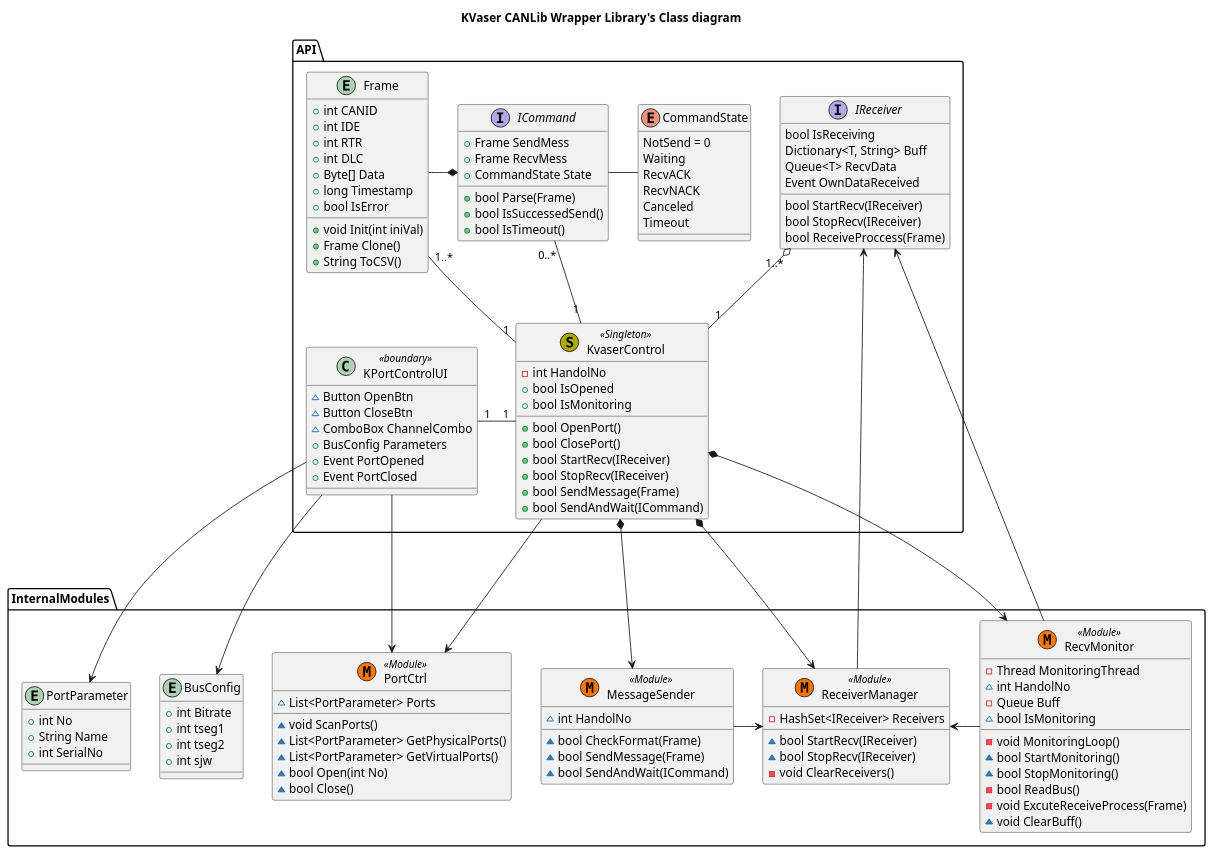
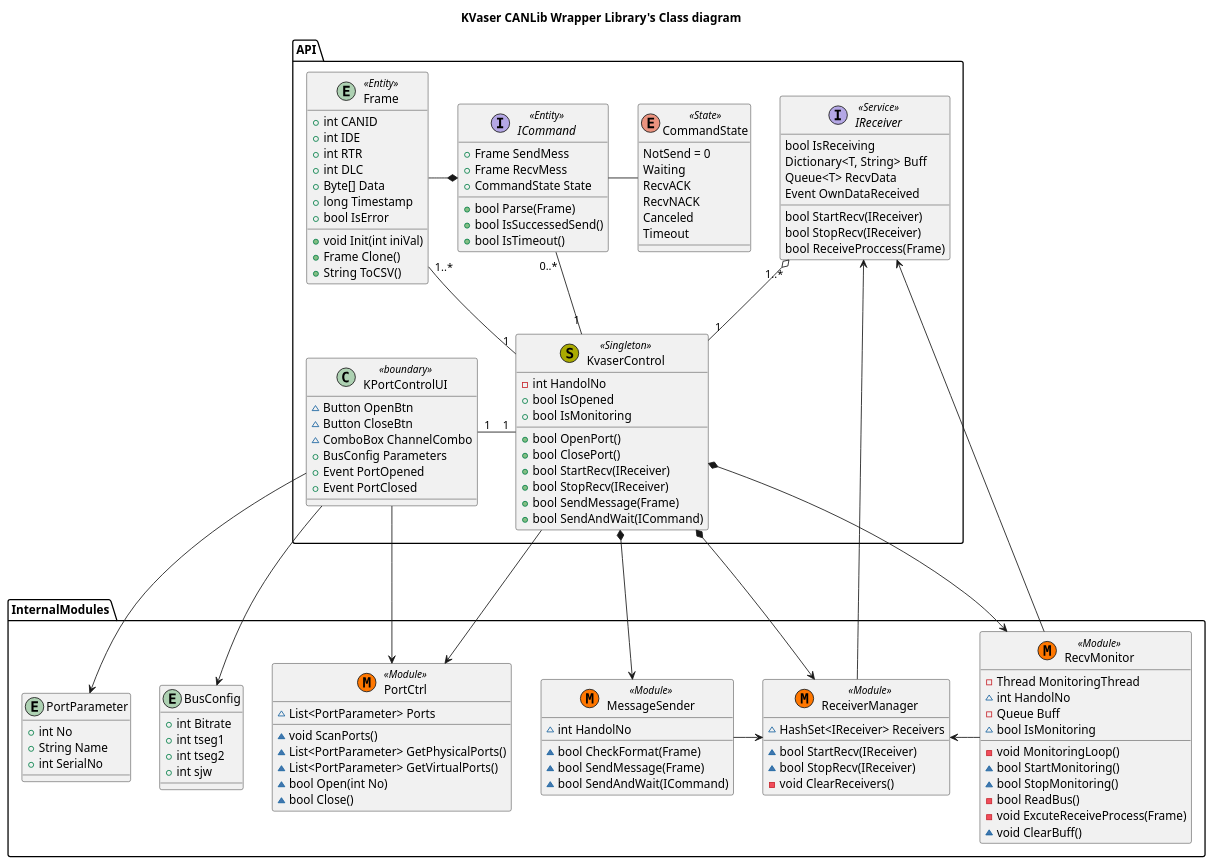
Before and after one commit to hiratashinnya/KvaserCANLib: the diagram in docs/Class.wsd, drawn with PlantUML.

Commit message:
[docs][class][修正]アクセス修飾子修正・ステレオタイプの追加

```diff
--- a/docs/Class.wsd
+++ b/docs/Class.wsd
@@ -1,148 +1,148 @@
 @startuml
 
 title "KVaser CANLib Wrapper Library's Class diagram"
 
 package API{
 
     class KPortControlUI<<boundary>>{
         ~Button OpenBtn
         ~Button CloseBtn
         ~ComboBox ChannelCombo
         +BusConfig Parameters
         +Event PortOpened
         +Event PortClosed
     }
 
     class KvaserControl<< (S, #AAAA00) Singleton>>{
         -int HandolNo
         +bool IsOpened
         +bool IsMonitoring
         +bool OpenPort()
         +bool ClosePort()
         +bool StartRecv(IReceiver)
         +bool StopRecv(IReceiver)
         +bool SendMessage(Frame)
         +bool SendAndWait(ICommand)
     }
 
-    entity Frame{
+    entity Frame<<Entity>>{
         +int CANID
         +int IDE
         +int RTR
         +int DLC
         +Byte[] Data
         +long Timestamp
         +bool IsError
         +void Init(int iniVal)
         +Frame Clone()
         +String ToCSV()
     }
 
-    Interface IReceiver{
+    Interface IReceiver<<Service>>{
         bool IsReceiving
         Dictionary<T, String> Buff
         Queue<T> RecvData
         Event OwnDataReceived
         bool StartRecv(IReceiver)
         bool StopRecv(IReceiver)
         bool ReceiveProccess(Frame)
     }
 
-    Interface ICommand{
+    Interface ICommand<<Entity>>{
         +Frame SendMess
         +Frame RecvMess
         +CommandState State
         +bool Parse(Frame)
         +bool IsSuccessedSend()
         +bool IsTimeout()
     }
 
-    Enum CommandState{
+    Enum CommandState<<State>>{
         NotSend = 0
         Waiting
         RecvACK
         RecvNACK
         Canceled
         Timeout
     }
 
     KPortControlUI "1" -l "1" KvaserControl
 
     KvaserControl "1" -l "1..*" Frame
     KvaserControl "1" -u-o "1..*" IReceiver
     KvaserControl "1" -u- "0..*" ICommand
 
     ICommand - CommandState
     ICommand *-l Frame
 }
 
 package InternalModules{
     class PortCtrl<< (M, #FF7700) Module>>{
         ~{field} List<PortParameter> Ports
         ~void ScanPorts()
         ~List<PortParameter> GetPhysicalPorts()
         ~List<PortParameter> GetVirtualPorts()
         ~bool Open(int No)
         ~bool Close()
     }
 
     entity BusConfig{
         +int Bitrate
         +int tseg1
         +int tseg2
         +int sjw
     }
 
     entity PortParameter{
         +int No
         +String Name
         +int SerialNo
     }
 
     class RecvMonitor<< (M, #FF7700) Module>>{
         -Thread MonitoringThread
         ~int HandolNo
         -Queue Buff
         ~bool IsMonitoring
         -void MonitoringLoop()
         ~bool StartMonitoring()
         ~bool StopMonitoring()
         -bool ReadBus()
         -void ExcuteReceiveProcess(Frame)
         ~void ClearBuff()
     }
 
     class ReceiverManager<< (M, #FF7700) Module>>{
-        -HashSet<IReceiver> Receivers
+        ~HashSet<IReceiver> Receivers
         ~bool StartRecv(IReceiver)
         ~bool StopRecv(IReceiver)
         -void ClearReceivers()
     }
 
     class MessageSender<< (M, #FF7700) Module>>{
         ~int HandolNo
         ~bool CheckFormat(Frame)
         ~bool SendMessage(Frame)
         ~bool SendAndWait(ICommand)
     }
 
     RecvMonitor -l> ReceiverManager
     MessageSender -> ReceiverManager
 }
 
 
 KPortControlUI ---> PortCtrl
 KPortControlUI --> PortParameter
 KPortControlUI --> BusConfig
 
 KvaserControl ---> PortCtrl
 KvaserControl *---> RecvMonitor
 KvaserControl *---> ReceiverManager
 KvaserControl *---> MessageSender
 
 IReceiver <-- ReceiverManager
 IReceiver <-- RecvMonitor
 
 
 
 @enduml
```
